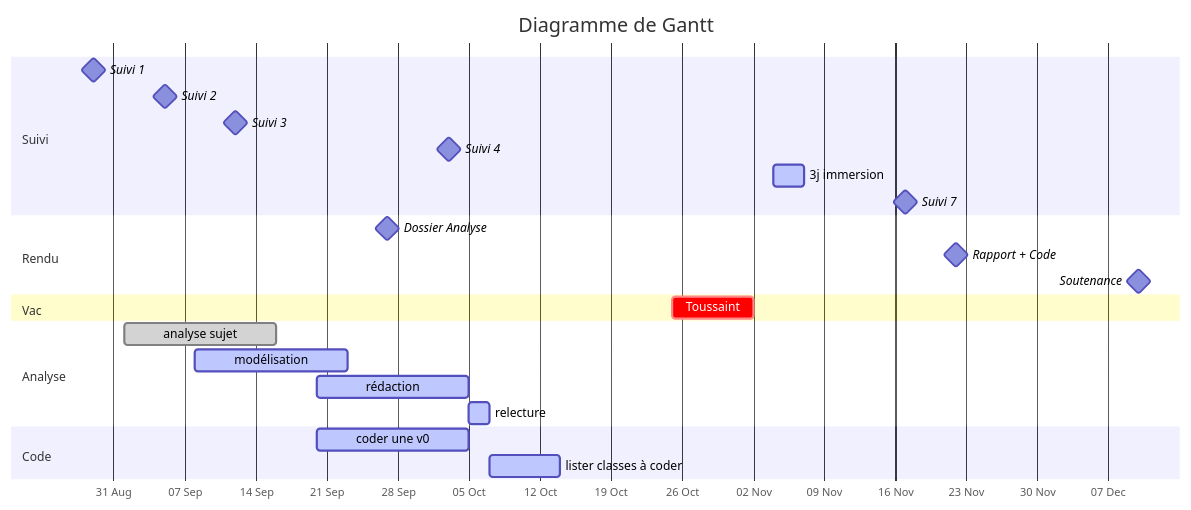
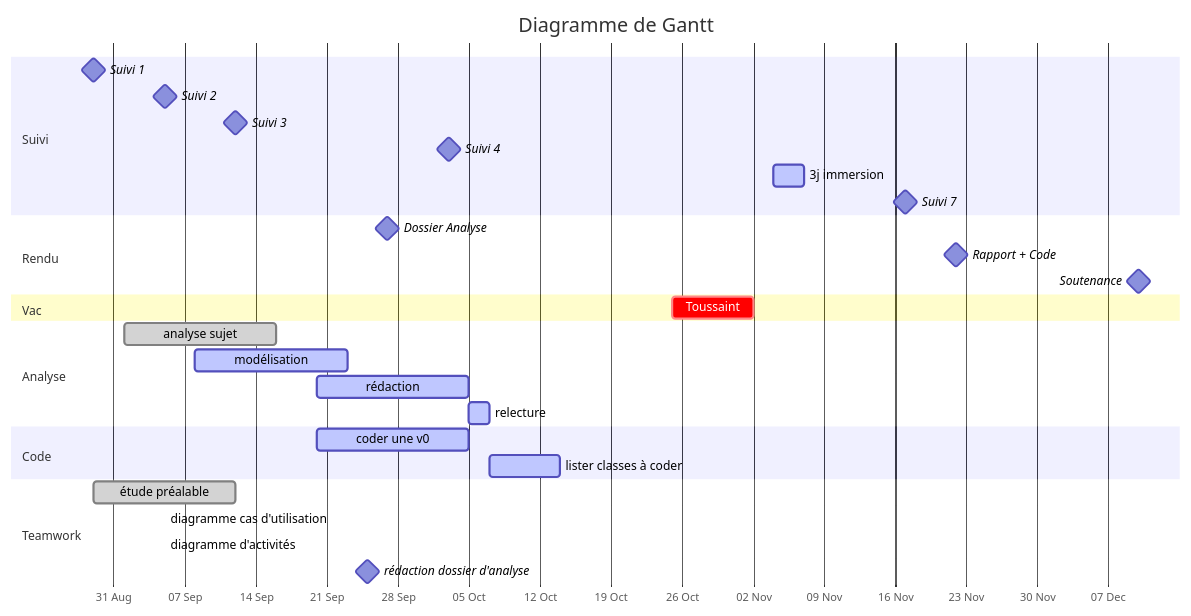
Before and after one commit to bbrunel/ENSAI-2A-projet-info: the diagram in doc/diag_gantt.md, drawn with Mermaid. The commit also changed 5 other files, not shown here.

Commit message:
doc: màj note hebdo clairification objectifs + modifs diag gantt

````diff
--- a/doc/diag_gantt.md
+++ b/doc/diag_gantt.md
@@ -2,37 +2,43 @@
 ```mermaid
 gantt
     %% doc : https://mermaid-js.github.io/mermaid/#/./gantt
     dateFormat  YYYY-MM-DD
     axisFormat  %d %b
     title       Diagramme de Gantt
     %%excludes  YYYY-MM-DD and/or sunday and/or weekends 
      
     section Suivi
     Suivi 1                      :milestone, 2025-08-29,
     Suivi 2                      :milestone, 2025-09-05,
     Suivi 3                      :milestone, 2025-09-12,
     Suivi 4                      :milestone, 2025-10-03,
     3j immersion                 :active,    2025-11-04, 3d
     Suivi 7                      :milestone, 2025-11-17,
     
     section Rendu
     Dossier Analyse              :milestone, 2025-09-27,
     Rapport + Code               :milestone, 2025-11-22,
     Soutenance                   :milestone, 2025-12-10,
     
     section Vac
     Toussaint                    :crit,    2025-10-25, 2025-11-02
     
     section Analyse
     analyse sujet                :done,      2025-09-01, 15d
     modélisation                 :active,    2025-09-08, 15d
     rédaction                    :active,    2025-09-20, 2025-10-05
     relecture                    :active,    2025-10-05, 2025-10-07
     
     section Code
     coder une v0                 :active,    2025-09-20, 15d
     lister classes à coder       :active,    2025-10-07, 7d
+
+    section Teamwork
+    étude préalable              :done,      2025-08-29, 14d
+    diagramme cas d'utilisation  :done,      2025-09-05,
+    diagramme d'activités        :done,      2025-09-05,
+    rédaction dossier d'analyse  :milestone, 2025-09-25,
     
 
     %%Stats univariées retraités   :done,         2021-11-28, 3d
 ```
````
